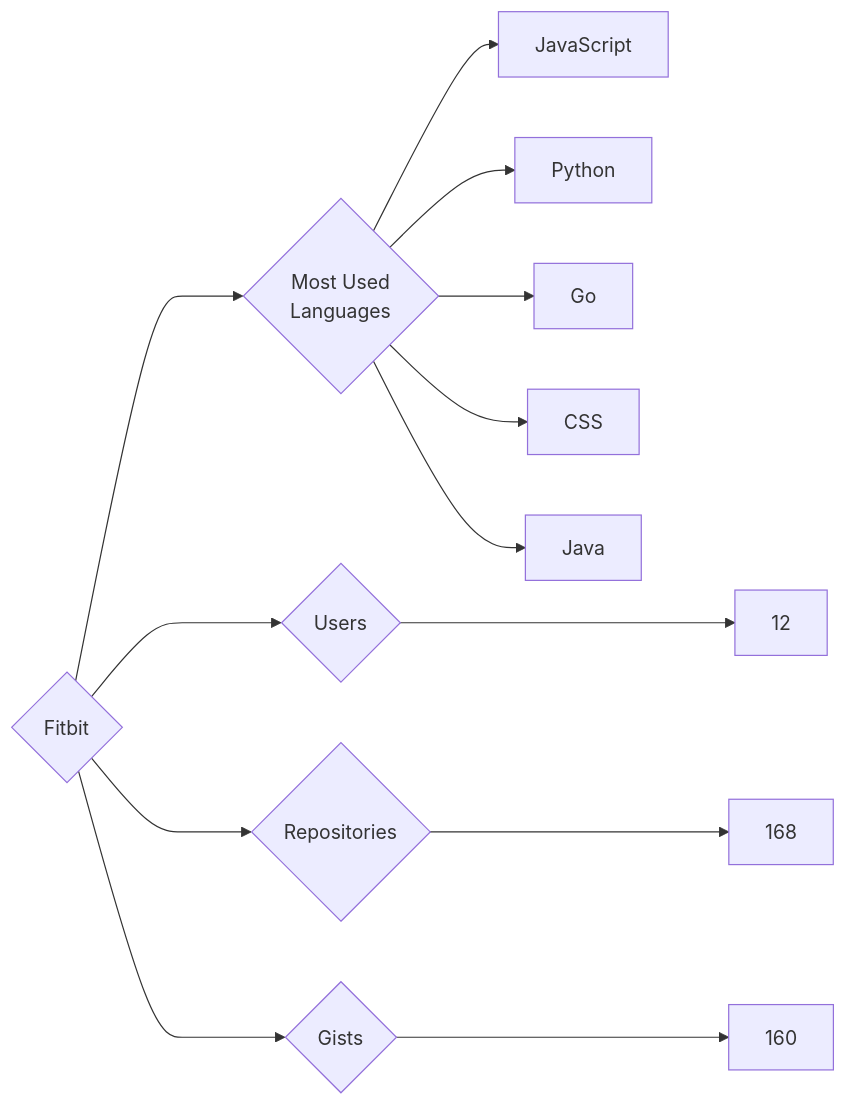
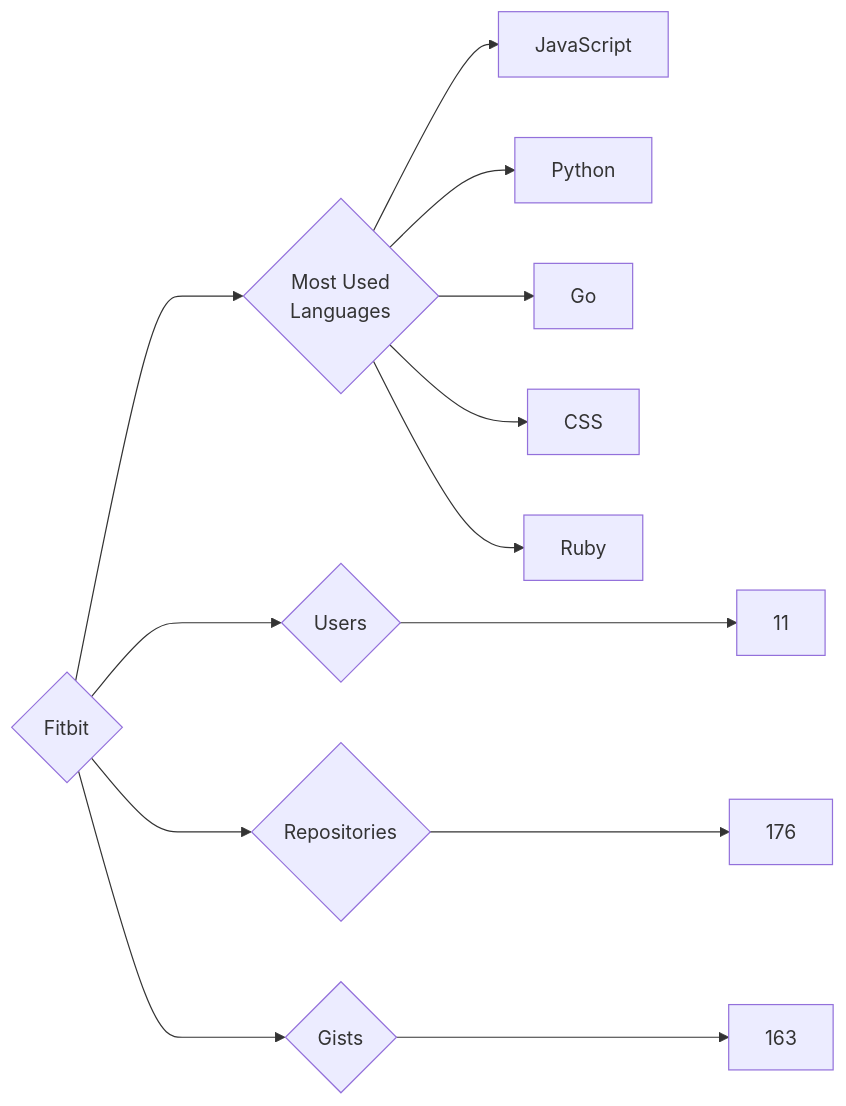
One commit to trickest/insiders changed the diagram in targets/Fitbit/README.md. Above: the diagram before and after it, drawn with Mermaid. The commit also changed 1030 other files, not shown here.

````diff
--- a/targets/Fitbit/README.md
+++ b/targets/Fitbit/README.md
@@ -3,13 +3,13 @@
 ```mermaid
 graph LR
 COMPANY_NAME{Fitbit}
-COMPANY_NAME ---> U{Users} ---> UN[12]
-COMPANY_NAME ---> R{Repositories} ---> RN[168]
-COMPANY_NAME ---> G{Gists} ---> GN[160]
+COMPANY_NAME ---> U{Users} ---> UN[11]
+COMPANY_NAME ---> R{Repositories} ---> RN[176]
+COMPANY_NAME ---> G{Gists} ---> GN[163]
 COMPANY_NAME ---> ML{Most Used<br>Languages}
 ML --> JavaScript[JavaScript]
 ML --> Python[Python]
 ML --> Go[Go]
 ML --> CSS[CSS]
-ML --> Java[Java]
+ML --> Ruby[Ruby]
 ```
````
